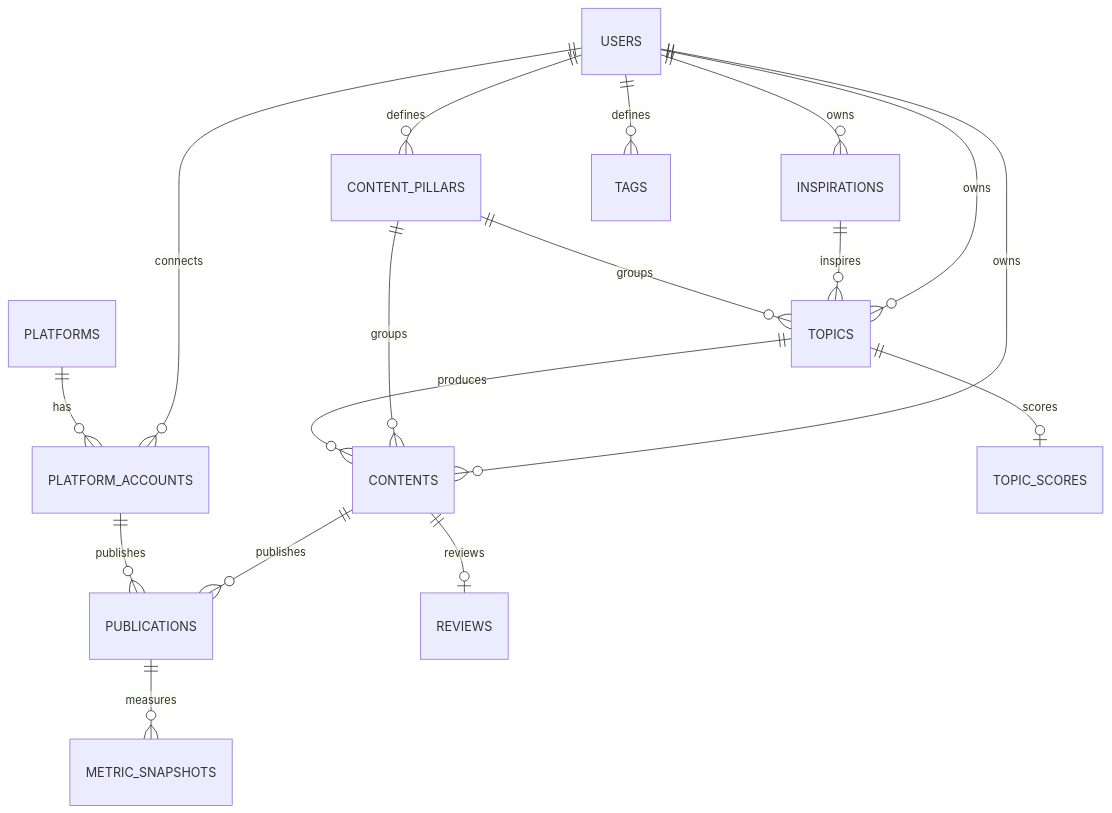
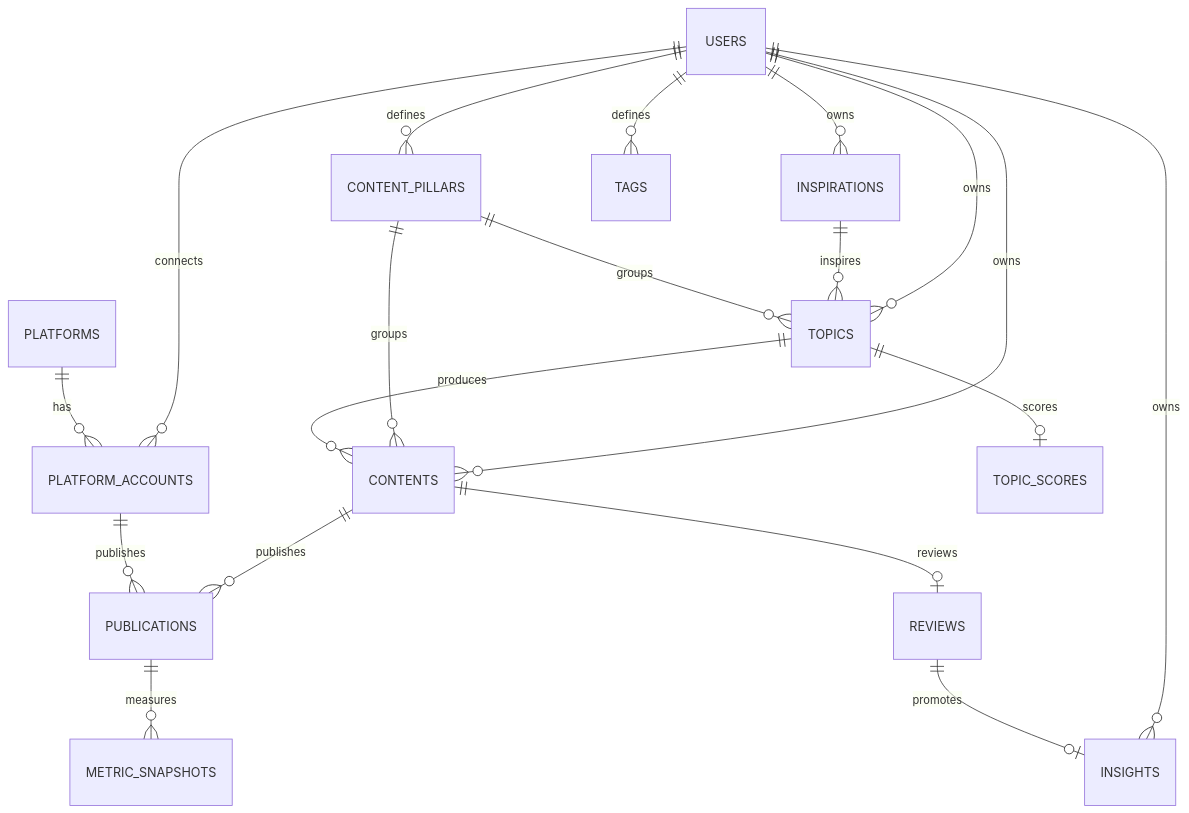
The second of 2 diagrams in docs/database.md (QuinnyAc/creator-ops), drawn with Mermaid before and after one commit. The commit also changed other lines of this file, not shown here.

````diff
--- a/docs/database.md
+++ b/docs/database.md
@@ -20,20 +22,22 @@
 ```mermaid
 erDiagram
     USERS ||--o{ INSPIRATIONS : owns
     USERS ||--o{ CONTENT_PILLARS : defines
     USERS ||--o{ TOPICS : owns
     USERS ||--o{ CONTENTS : owns
     USERS ||--o{ PLATFORM_ACCOUNTS : connects
     USERS ||--o{ TAGS : defines
+    USERS ||--o{ INSIGHTS : owns
 
     INSPIRATIONS ||--o{ TOPICS : inspires
     CONTENT_PILLARS ||--o{ TOPICS : groups
     CONTENT_PILLARS ||--o{ CONTENTS : groups
     TOPICS ||--o| TOPIC_SCORES : scores
     TOPICS ||--o{ CONTENTS : produces
     CONTENTS ||--o{ PUBLICATIONS : publishes
     PLATFORMS ||--o{ PLATFORM_ACCOUNTS : has
     PLATFORM_ACCOUNTS ||--o{ PUBLICATIONS : publishes
     PUBLICATIONS ||--o{ METRIC_SNAPSHOTS : measures
     CONTENTS ||--o| REVIEWS : reviews
+    REVIEWS ||--o| INSIGHTS : promotes
 ```
````
